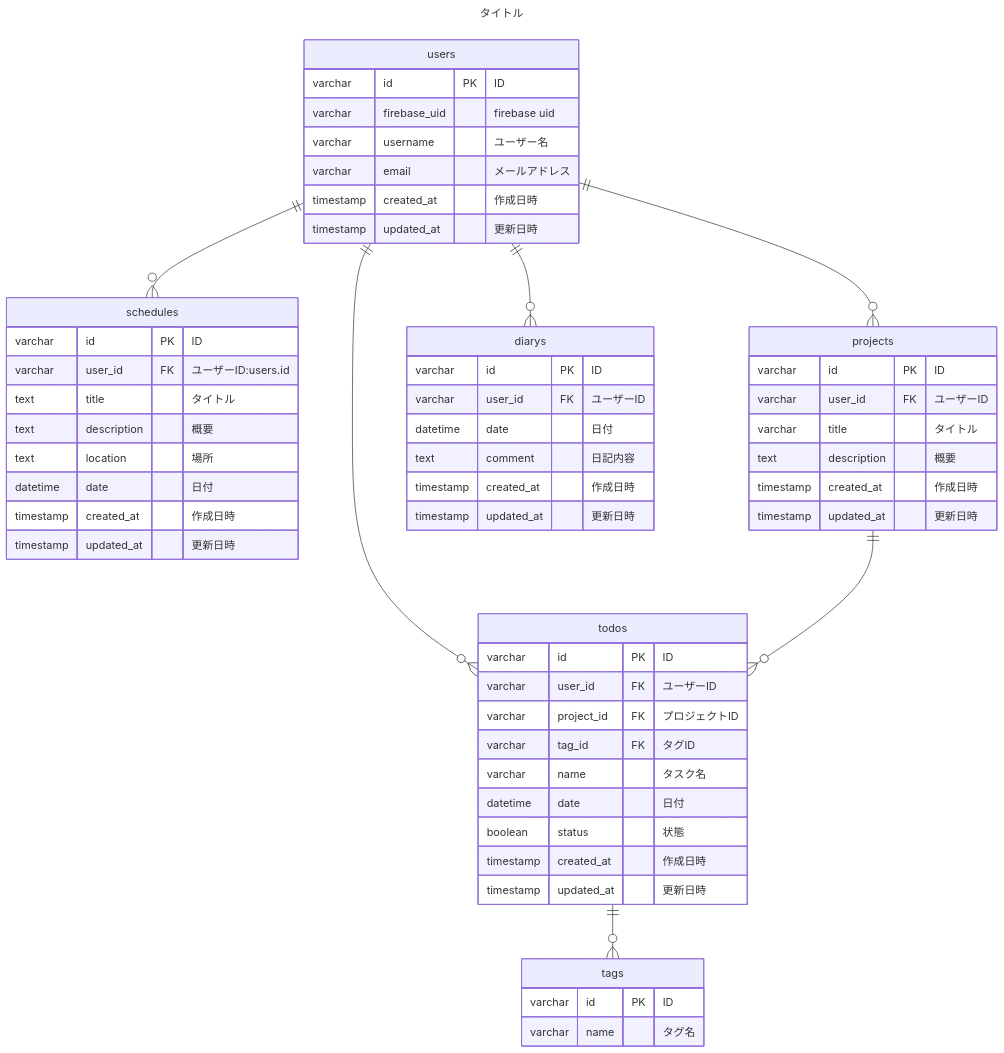
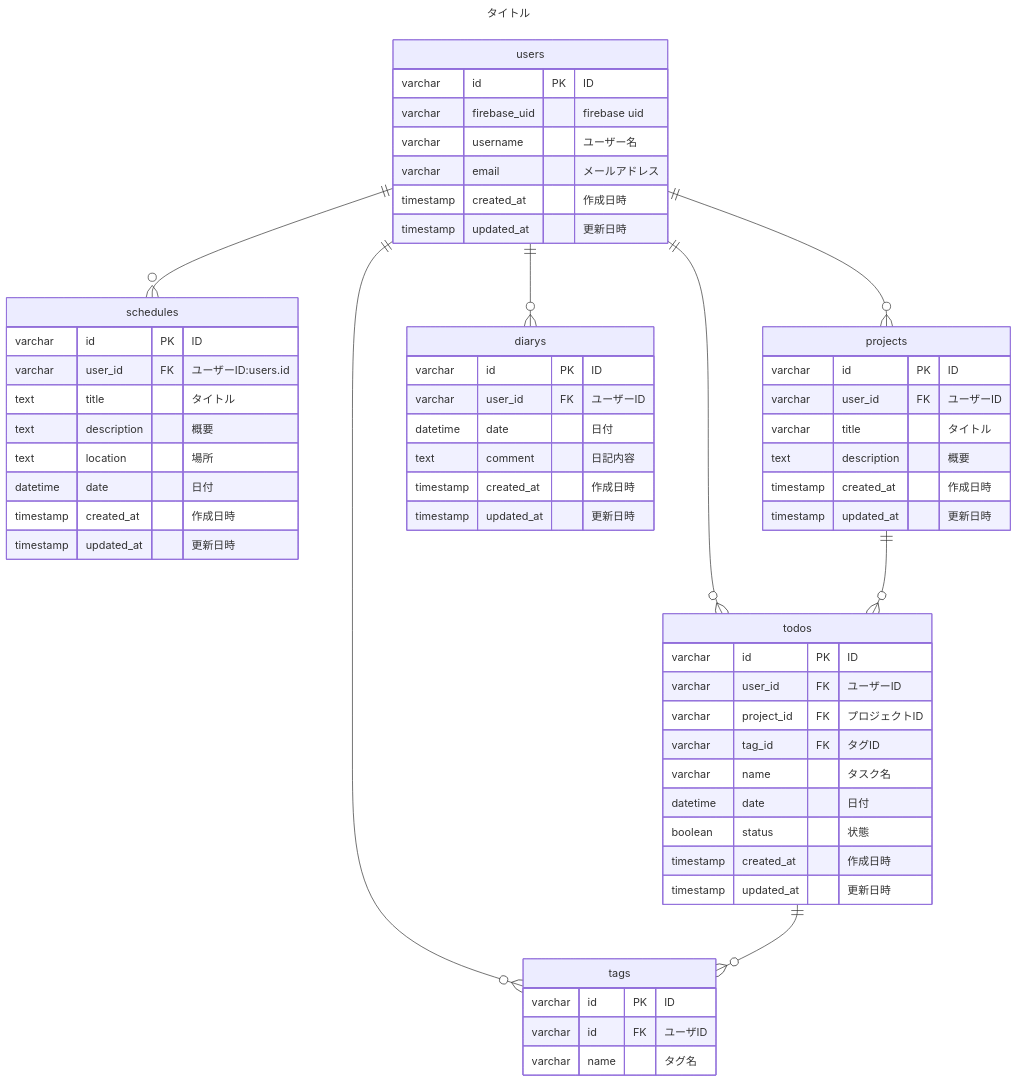
The diagram in docs/db.md (km1110/calendar-app), drawn with Mermaid before and after one commit.

Commit message:
docs: :memo: tagsテーブルにuser_idの追加

````diff
--- a/docs/db.md
+++ b/docs/db.md
@@ -5,69 +5,71 @@
 ```mermaid
 ---
 title: "タイトル"
 ---
 erDiagram
     users ||--o{ schedules : ""
     users ||--o{ projects : ""
     users ||--o{ todos : ""
     users ||--o{ diarys : ""
+    users ||--o{ tags : ""
 
     projects ||--o{ todos : ""
 
     todos ||--o{ tags : ""
 
     users {
       varchar id PK "ID"
       varchar firebase_uid "firebase uid"
       varchar username "ユーザー名"
       varchar email "メールアドレス"
       timestamp created_at "作成日時"
       timestamp updated_at "更新日時"
     }
 
     schedules {
       varchar id PK "ID"
       varchar user_id FK "ユーザーID:users.id"
       text title "タイトル"
       text description  "概要"
       text location  "場所"
       datetime date  "日付"
       timestamp created_at "作成日時"
       timestamp updated_at "更新日時"
     }
 
     projects {
       varchar id PK "ID"
       varchar user_id FK "ユーザーID"
       varchar title "タイトル"
       text description "概要"
       timestamp created_at "作成日時"
       timestamp updated_at "更新日時"
     }
 
     todos {
       varchar id PK "ID"
       varchar user_id FK "ユーザーID"
       varchar project_id FK "プロジェクトID"
       varchar tag_id FK "タグID"
       varchar name "タスク名"
       datetime date  "日付"
       boolean status "状態"
       timestamp created_at "作成日時"
       timestamp updated_at "更新日時"
     }
 
     tags {
       varchar id PK "ID"
+      varchar id FK "ユーザID"
       varchar name "タグ名"
     }
 
     diarys {
       varchar id PK "ID"
       varchar user_id FK "ユーザーID"
       datetime date  "日付"
       text comment "日記内容"
       timestamp created_at "作成日時"
       timestamp updated_at "更新日時"
     }
 ```
````
